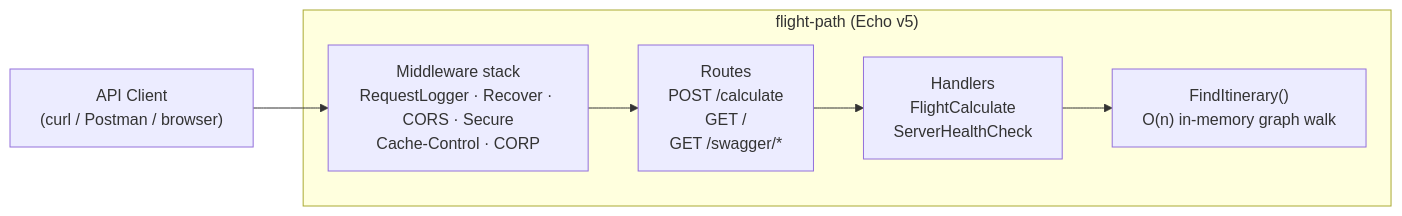
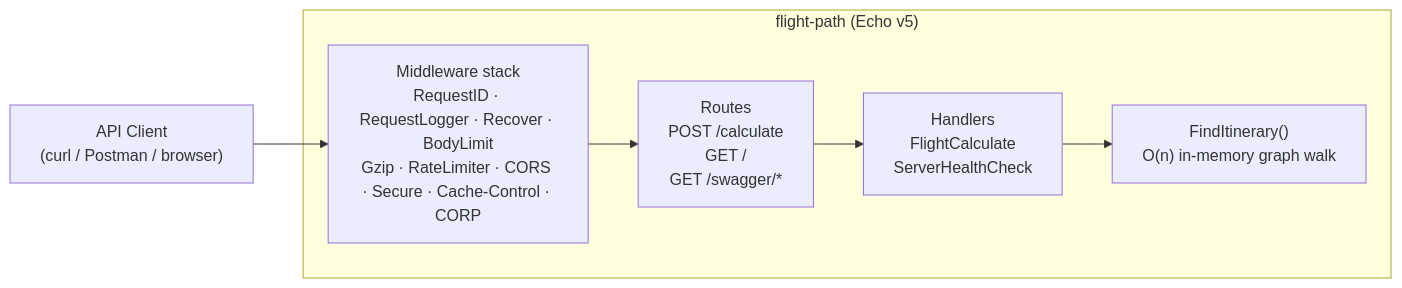
Before and after one commit to AndriyKalashnykov/flight-path: the second of 2 diagrams in README.md, drawn with Mermaid. The commit also changed other lines of this file and 12 other files, not shown here.

````diff
--- a/README.md
+++ b/README.md
@@ -80,11 +80,11 @@
 ```mermaid
 flowchart LR
     client["API Client<br/>(curl / Postman / browser)"]
     subgraph server["flight-path (Echo v5)"]
-        mw["Middleware stack<br/>RequestLogger · Recover · CORS · Secure<br/>Cache-Control · CORP"]
+        mw["Middleware stack<br/>RequestID · RequestLogger · Recover · BodyLimit<br/>Gzip · RateLimiter · CORS · Secure · Cache-Control · CORP"]
         routes["Routes<br/>POST /calculate<br/>GET /<br/>GET /swagger/*"]
         handlers["Handlers<br/>FlightCalculate<br/>ServerHealthCheck"]
         algo["FindItinerary()<br/>O(n) in-memory graph walk"]
     end
     client --> mw --> routes --> handlers --> algo
 ```
````
